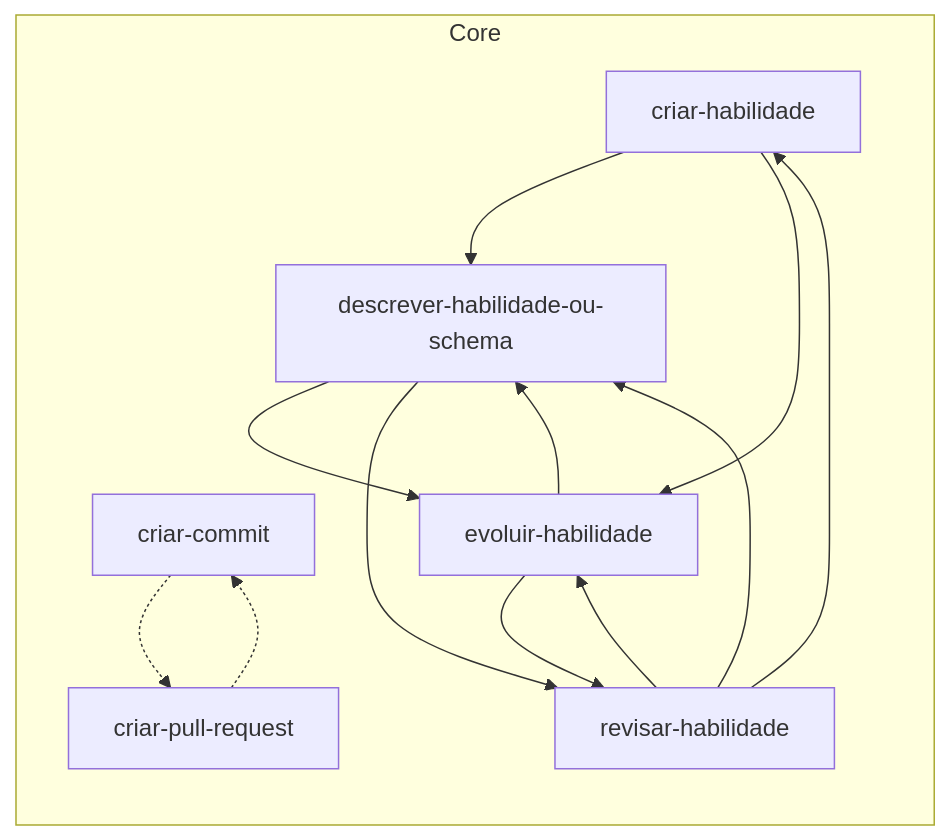
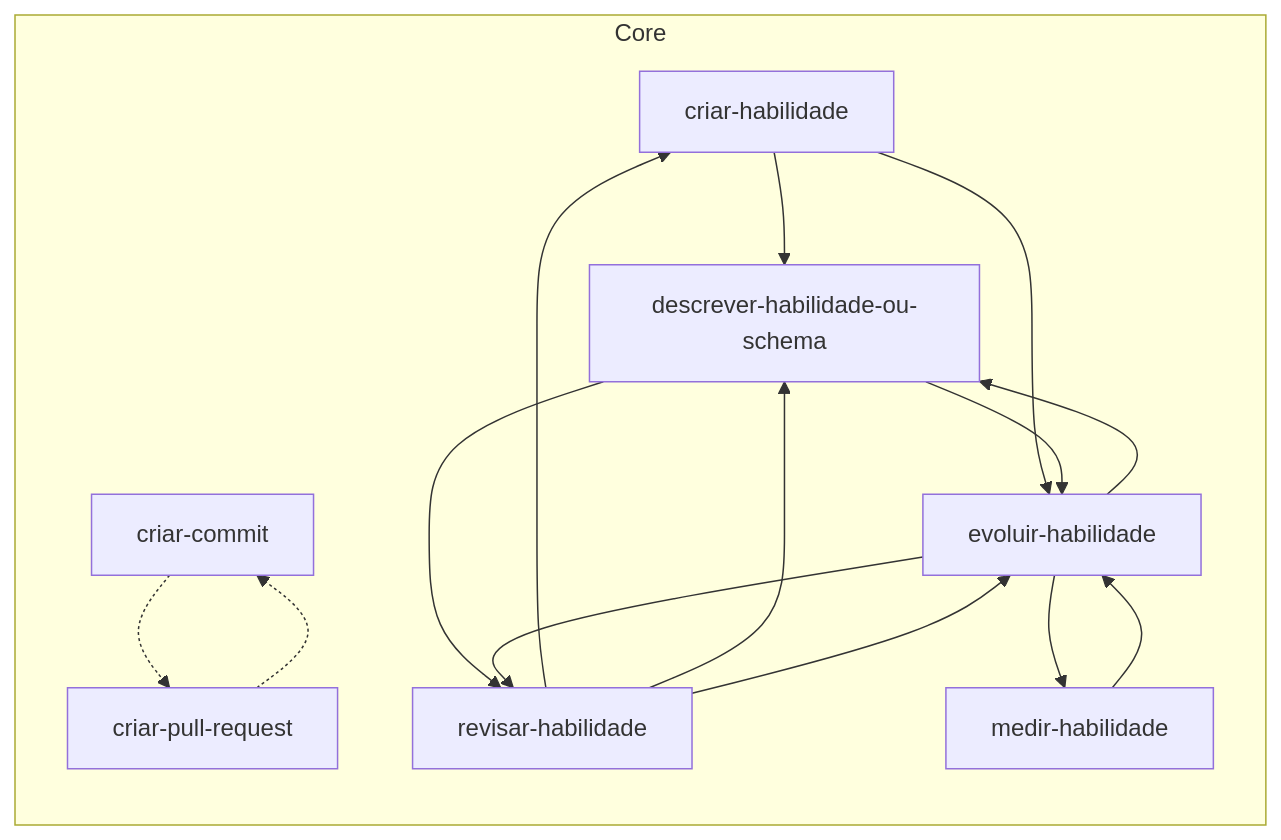
Before and after one commit to jimmyandrade/harness: the diagram in .agents/skills/README.md, drawn with Mermaid. The commit also changed other lines of this file and 8 other files, not shown here.

First line of the commit message:
feat(medir-habilidade): move the skill to the core (#23)

````diff
--- a/.agents/skills/README.md
+++ b/.agents/skills/README.md
@@ -13,22 +13,25 @@
 ```mermaid
 flowchart LR
   subgraph core["Core"]
     criar_commit["criar-commit"]
     criar_habilidade["criar-habilidade"]
     criar_pull_request["criar-pull-request"]
     descrever_habilidade_ou_schema["descrever-habilidade-ou-schema"]
     evoluir_habilidade["evoluir-habilidade"]
+    medir_habilidade["medir-habilidade"]
     revisar_habilidade["revisar-habilidade"]
   end
   criar_commit -.-> criar_pull_request
   criar_habilidade --> descrever_habilidade_ou_schema
   criar_habilidade --> evoluir_habilidade
   criar_pull_request -.-> criar_commit
   descrever_habilidade_ou_schema --> evoluir_habilidade
   descrever_habilidade_ou_schema --> revisar_habilidade
   evoluir_habilidade --> descrever_habilidade_ou_schema
+  evoluir_habilidade --> medir_habilidade
   evoluir_habilidade --> revisar_habilidade
+  medir_habilidade --> evoluir_habilidade
   revisar_habilidade --> criar_habilidade
   revisar_habilidade --> descrever_habilidade_ou_schema
   revisar_habilidade --> evoluir_habilidade
 ```
````
